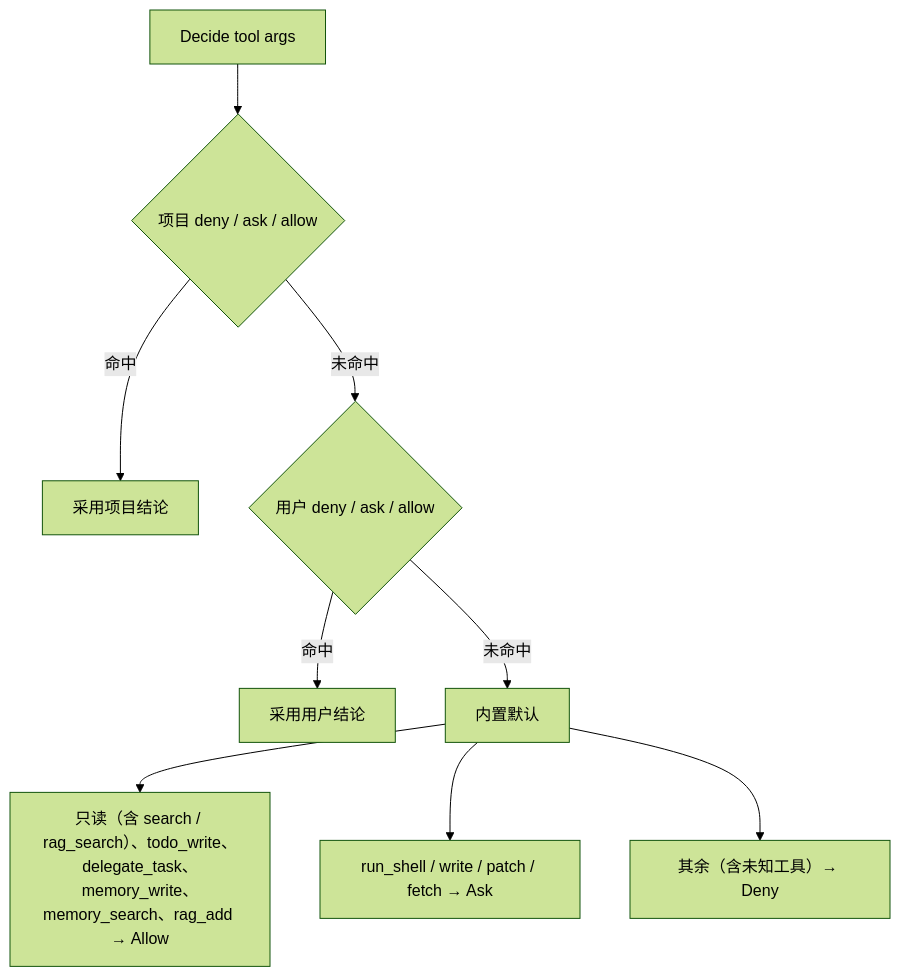
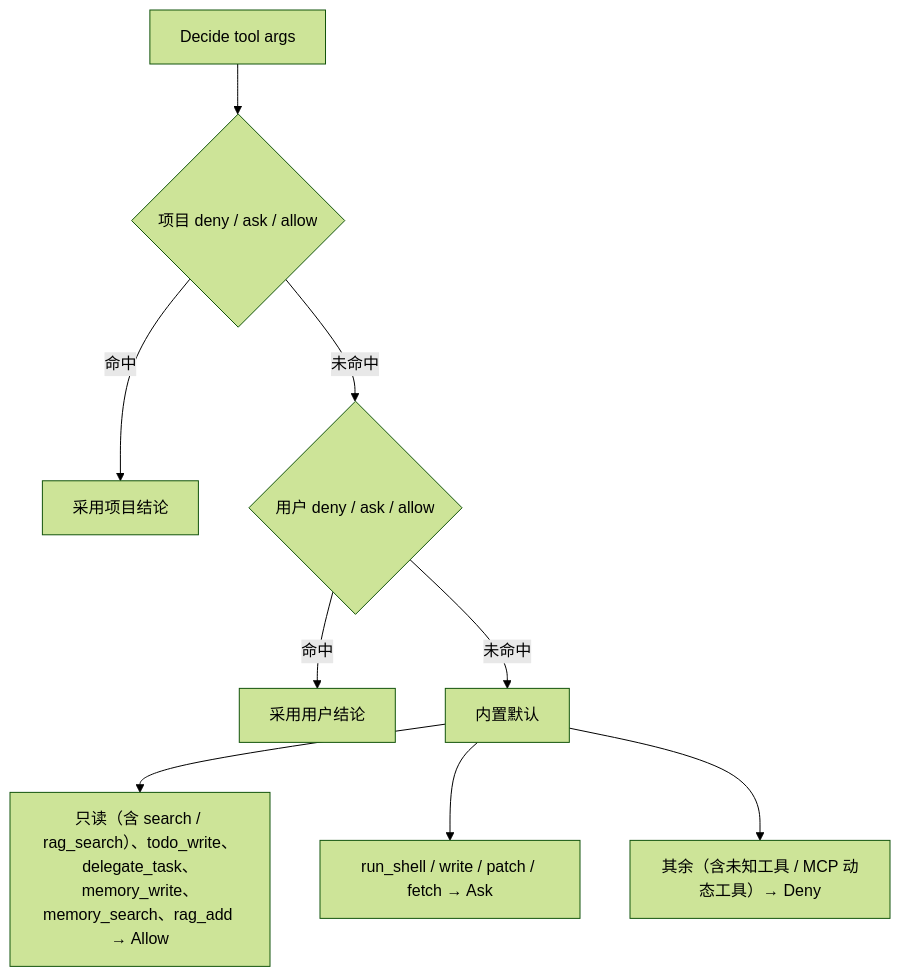
One commit to xgk1906806hjy/Hi-Agent changed the diagram in docs/permission/功能逻辑.md. Above: the diagram before and after it, drawn with Mermaid (forest theme). The commit also changed other lines of this file and 29 other files, not shown here.

````diff
--- a/docs/permission/功能逻辑.md
+++ b/docs/permission/功能逻辑.md
@@ -34,11 +34,11 @@
 ```mermaid
 flowchart TD
   A[Decide tool args] --> P{项目 deny / ask / allow}
   P -->|命中| R[采用项目结论]
   P -->|未命中| U{用户 deny / ask / allow}
   U -->|命中| S[采用用户结论]
   U -->|未命中| F[内置默认]
   F --> G["只读（含 search / rag_search）、todo_write、delegate_task、memory_write、memory_search、rag_add → Allow"]
   F --> H["run_shell / write / patch / fetch → Ask"]
-  F --> I["其余（含未知工具）→ Deny"]
+  F --> I["其余（含未知工具 / MCP 动态工具）→ Deny"]
 ```
````
